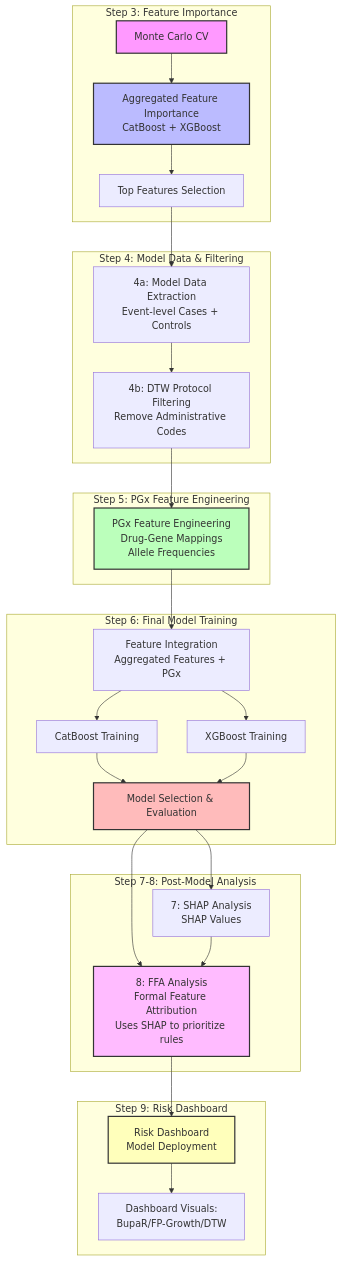
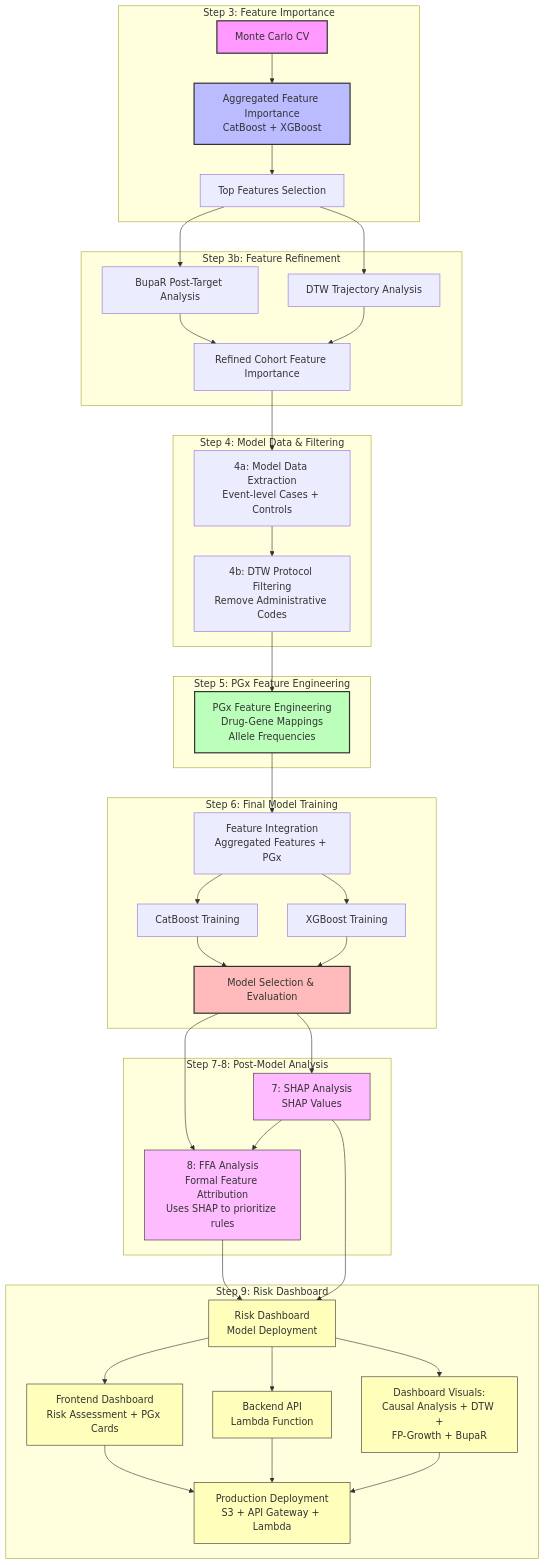
Before and after one commit to Jerome3590/pgx-analysis: the diagram in docs/README_analysis_workflow.md, drawn with Mermaid. The commit also changed other lines of this file and 228 other files, not shown here.

````diff
--- a/docs/README_analysis_workflow.md
+++ b/docs/README_analysis_workflow.md
@@ -306,42 +312,60 @@
 ```mermaid
 flowchart TD
     subgraph "Step 3: Feature Importance"
         A[Monte Carlo CV] --> B[Aggregated Feature Importance<br/>CatBoost + XGBoost]
         B --> C[Top Features Selection]
     end
     
+    subgraph "Step 3b: Feature Refinement"
+        C --> C1[BupaR Post-Target Analysis]
+        C --> C2[DTW Trajectory Analysis]
+        C1 --> C3[Refined Cohort Feature Importance]
+        C2 --> C3
+    end
+    
     subgraph "Step 4: Model Data & Filtering"
-        C --> D[4a: Model Data Extraction<br/>Event-level Cases + Controls]
+        C3 --> D[4a: Model Data Extraction<br/>Event-level Cases + Controls]
         D --> E[4b: DTW Protocol Filtering<br/>Remove Administrative Codes]
     end
     
     subgraph "Step 5: PGx Feature Engineering"
         E --> F[PGx Feature Engineering<br/>Drug-Gene Mappings<br/>Allele Frequencies]
     end
     
     subgraph "Step 6: Final Model Training"
         F --> G[Feature Integration<br/>Aggregated Features + PGx]
         G --> H[CatBoost Training]
         G --> I[XGBoost Training]
         H --> J[Model Selection & Evaluation]
         I --> J
     end
     
     subgraph "Step 7-8: Post-Model Analysis"
         J --> K[7: SHAP Analysis<br/>SHAP Values]
         J --> L[8: FFA Analysis<br/>Formal Feature Attribution<br/>Uses SHAP to prioritize rules]
         K --> L
     end
     
     subgraph "Step 9: Risk Dashboard"
         L --> N[Risk Dashboard<br/>Model Deployment]
-        N --> O[Dashboard Visuals:<br/>BupaR/FP-Growth/DTW]
+        K --> N
+        N --> N1[Frontend Dashboard<br/>Risk Assessment + PGx Cards]
+        N --> N2[Backend API<br/>Lambda Function]
+        N --> N3[Dashboard Visuals:<br/>Causal Analysis + DTW +<br/>FP-Growth + BupaR]
+        N1 --> N4[Production Deployment<br/>S3 + API Gateway + Lambda]
+        N2 --> N4
+        N3 --> N4
     end
     
     style A fill:#f9f,stroke:#333,stroke-width:2px
     style B fill:#bbf,stroke:#333,stroke-width:2px
     style F fill:#bfb,stroke:#333,stroke-width:2px
     style J fill:#fbb,stroke:#333,stroke-width:2px
-    style L fill:#fbf,stroke:#333,stroke-width:2px
-    style N fill:#ffb,stroke:#333,stroke-width:2px
+    style K fill:#fbf,stroke:#333,stroke-width:2px    %% SHAP Analysis
+    style L fill:#fbf,stroke:#333,stroke-width:2px    %% FFA Analysis
+    style N fill:#ffb,stroke:#333,stroke-width:2px    %% Risk Dashboard
+    style N1 fill:#ffb,stroke:#333,stroke-width:2px    %% Frontend
+    style N2 fill:#ffb,stroke:#333,stroke-width:2px    %% Backend
+    style N3 fill:#ffb,stroke:#333,stroke-width:2px    %% Visualizations
+    style N4 fill:#ffb,stroke:#333,stroke-width:2px    %% Deployment
 ```
````
